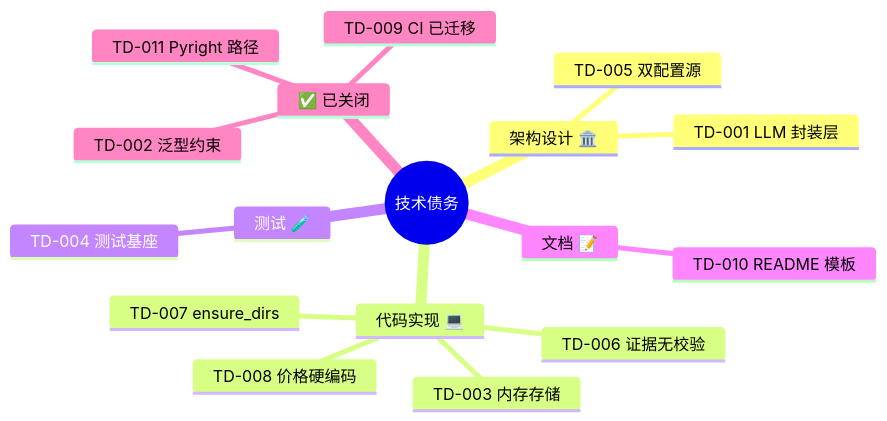
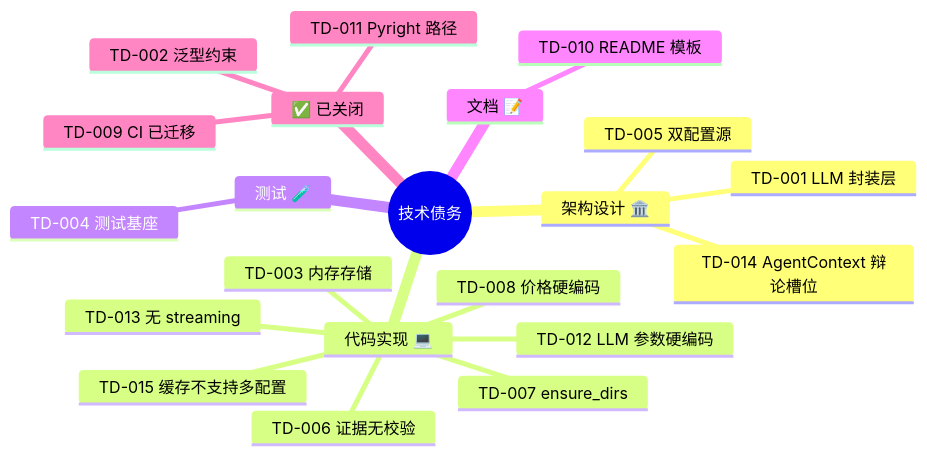
Before and after one commit to NoahLightryyy/litchi-head: the second of 3 diagrams in docs/技术债务与架构决策/技术债务日志.md, drawn with Mermaid. The commit also changed other lines of this file and 25 other files, not shown here.

````diff
--- a/docs/技术债务与架构决策/技术债务日志.md
+++ b/docs/技术债务与架构决策/技术债务日志.md
@@ -619,20 +796,24 @@
 ```mermaid
 mindmap
   root((技术债务))
     架构设计 🏛️
       TD-001 LLM 封装层
       TD-005 双配置源
+      TD-014 AgentContext 辩论槽位
     代码实现 💻
       TD-003 内存存储
       TD-006 证据无校验
       TD-007 ensure_dirs
       TD-008 价格硬编码
+      TD-012 LLM 参数硬编码
+      TD-013 无 streaming
+      TD-015 缓存不支持多配置
     测试 🧪
       TD-004 测试基座
     文档 📝
       TD-010 README 模板
     ✅ 已关闭
       TD-002 泛型约束
       TD-009 CI 已迁移
       TD-011 Pyright 路径
 ```
````
